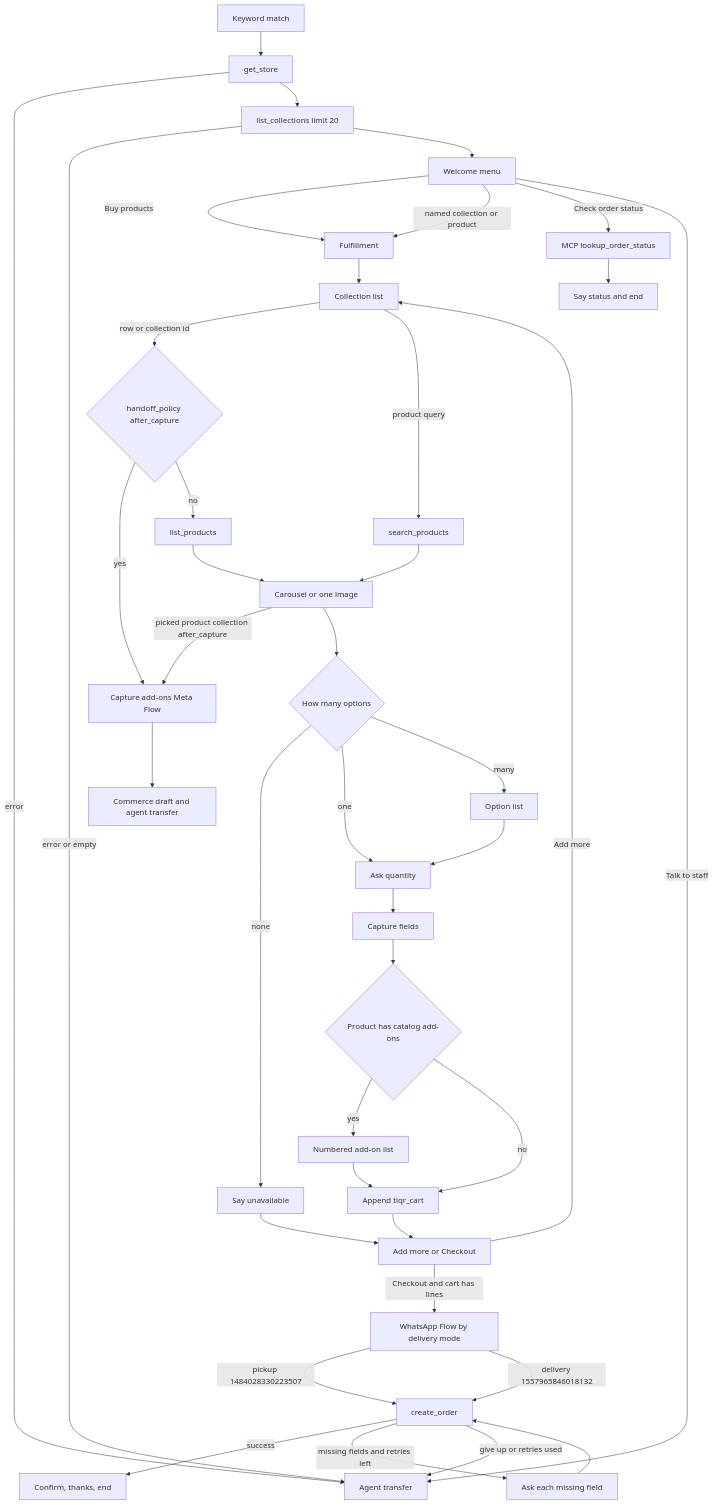
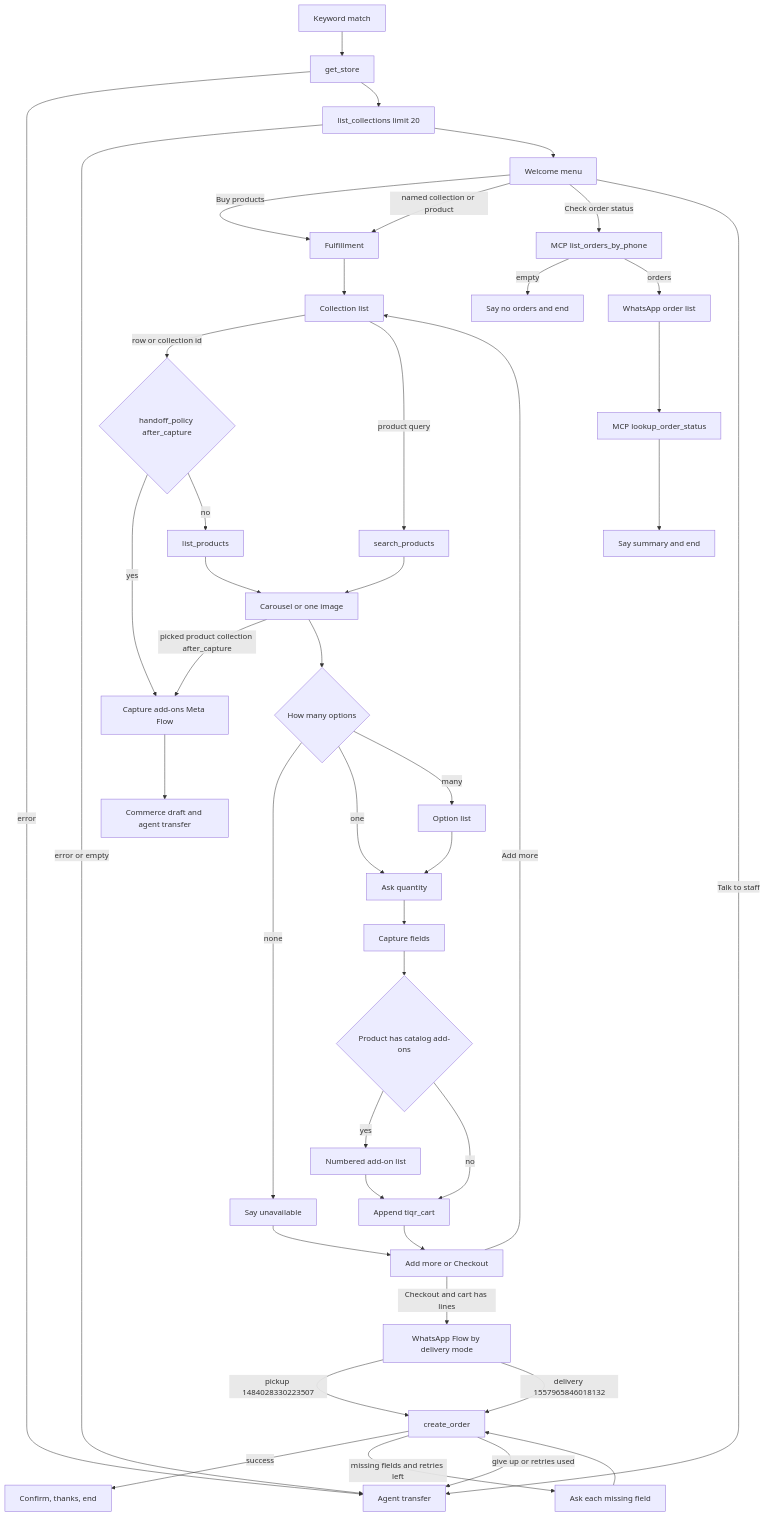
One commit to Ticker-Events/whatomate changed the diagram in docs/tiqr-ecommerce-coded-flow.md. Above: the diagram before and after it, drawn with Mermaid. The commit also changed other lines of this file and 120 other files, not shown here.

Commit message:
add api logging in coded flow preview

````diff
--- a/docs/tiqr-ecommerce-coded-flow.md
+++ b/docs/tiqr-ecommerce-coded-flow.md
@@ -19,42 +19,45 @@
 ```mermaid
 flowchart TD
   kw[Keyword match] --> store[get_store]
   store -->|error| xfer[Agent transfer]
   store --> cols["list_collections limit 20"]
   cols -->|error or empty| xfer
   cols --> menu[Welcome menu]
   menu -->|Buy products| ful[Fulfillment]
   menu -->|named collection or product| ful
-  menu -->|Check order status| look[MCP lookup_order_status]
+  menu -->|Check order status| look[MCP list_orders_by_phone]
   menu -->|Talk to staff| xfer
-  look --> endStatus[Say status and end]
+  look -->|empty| miss[Say no orders and end]
+  look -->|orders| pick[WhatsApp order list]
+  pick --> detail[MCP lookup_order_status]
+  detail --> endStatus[Say summary and end]
   ful --> list[Collection list]
   list -->|row or collection id| policy{handoff_policy after_capture}
   policy -->|yes| earlyHandoff[Capture add-ons Meta Flow]
   earlyHandoff --> commerceXfer[Commerce draft and agent transfer]
   policy -->|no| prod[list_products]
   list -->|product query| search[search_products]
   search --> show[Carousel or one image]
   prod --> show
   show -->|picked product collection after_capture| earlyHandoff
   show --> opt{How many options}
   opt -->|none| skip[Say unavailable]
   opt -->|one| qty[Ask quantity]
   opt -->|many| olist[Option list]
   olist --> qty
   qty --> capture[Capture fields]
   capture --> addons{Product has catalog add-ons}
   addons -->|yes| addonAsk[Numbered add-on list]
   addonAsk --> cart[Append tiqr_cart]
   addons -->|no| cart
   skip --> next[Add more or Checkout]
   cart --> next
   next -->|Add more| list
   next -->|Checkout and cart has lines| flow[WhatsApp Flow by delivery mode]
   flow -->|pickup 1484028330223507| create[create_order]
   flow -->|delivery 1557965846018132| create
   create -->|success| done[Confirm, thanks, end]
   create -->|missing fields and retries left| fix[Ask each missing field]
   fix --> create
   create -->|give up or retries used| xfer
 ```
````
